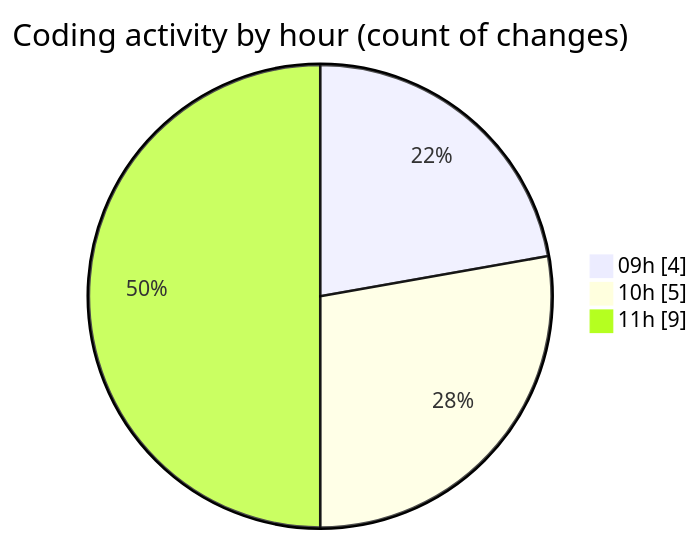
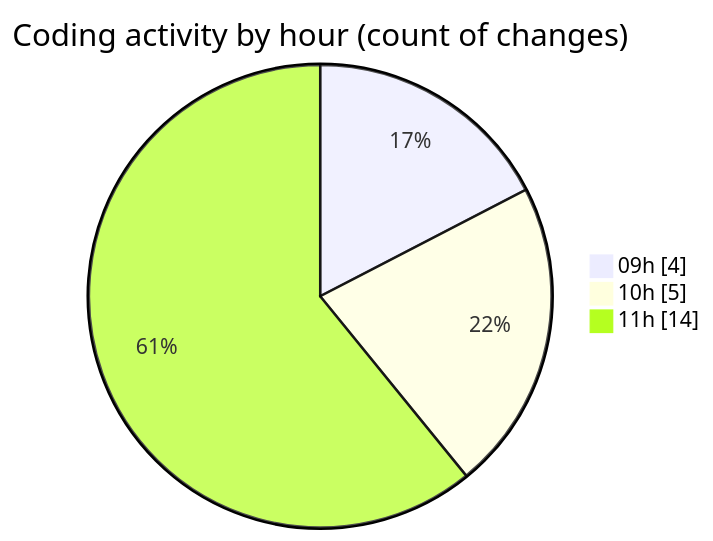
Before and after one commit to momahboobian/code-tracking: the second of 2 diagrams in 2025-04-28/cda/README.md, drawn with Mermaid. The commit also changed other lines of this file and 1 other file, not shown here.

````diff
--- a/2025-04-28/cda/README.md
+++ b/2025-04-28/cda/README.md
@@ -42,7 +44,7 @@
 ```mermaid
 pie showData
 title Coding activity by hour (count of changes)
 "09h" : 4
 "10h" : 5
-"11h" : 9
+"11h" : 14
 ```
````
